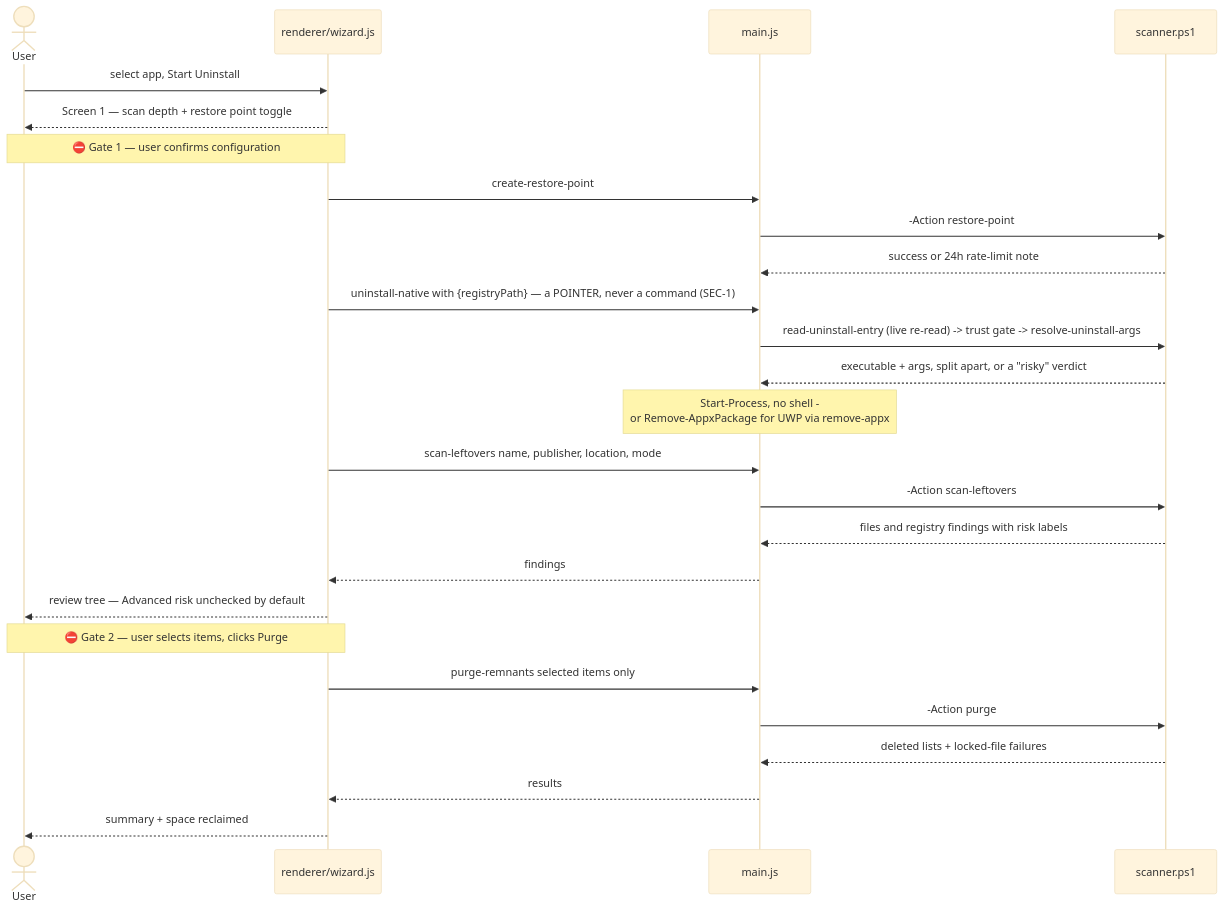
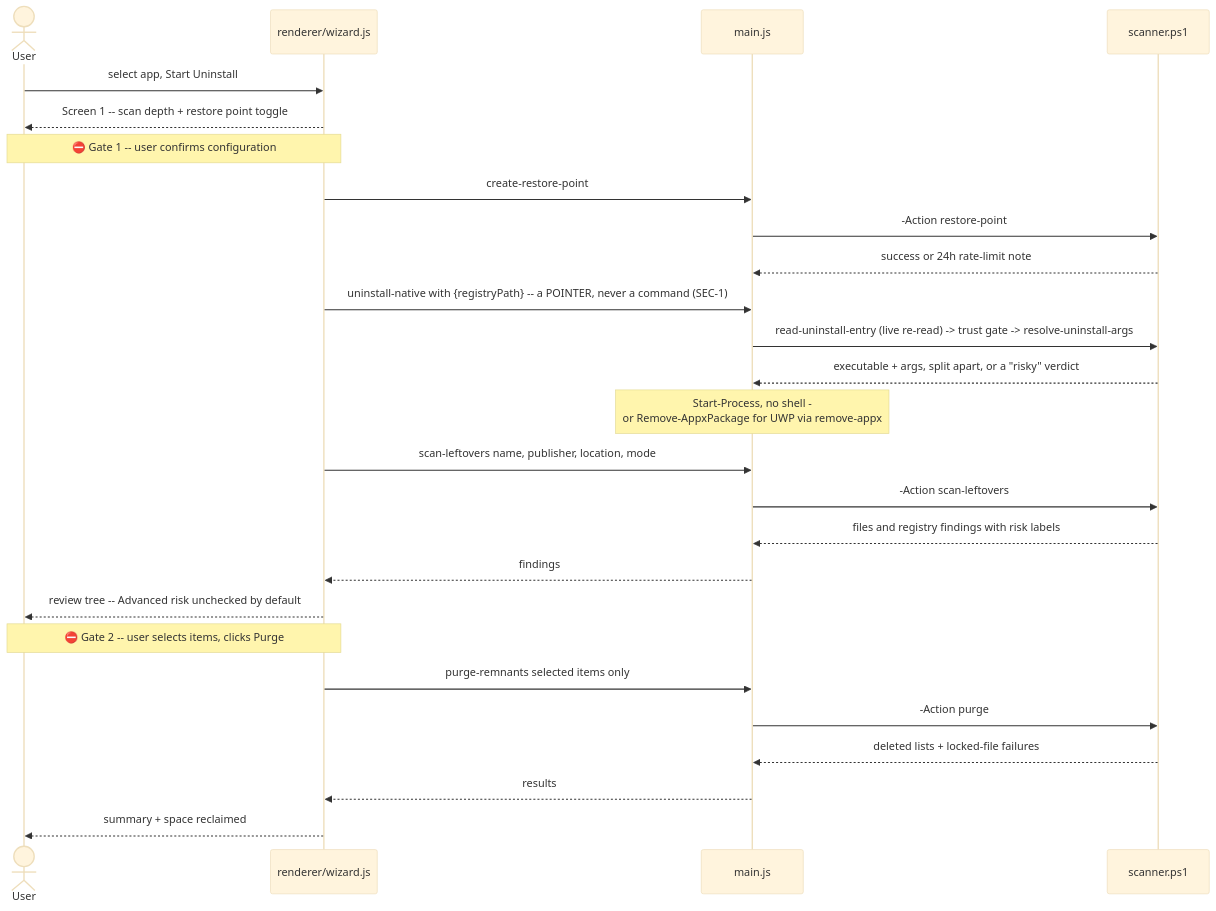
Before and after one commit to QuantumMonkey/Vanish: the second of 2 diagrams in ARCHITECTURE.md, drawn with Mermaid (base theme). The commit also changed other lines of this file and 16 other files, not shown here.

````diff
--- a/ARCHITECTURE.md
+++ b/ARCHITECTURE.md
@@ -141,29 +159,29 @@
 ```mermaid
 sequenceDiagram
     actor User
     participant R as renderer/wizard.js
     participant M as main.js
     participant P as scanner.ps1
 
     User->>R: select app, Start Uninstall
-    R-->>User: Screen 1 — scan depth + restore point toggle
-    Note over User,R: ⛔ Gate 1 — user confirms configuration
+    R-->>User: Screen 1 -- scan depth + restore point toggle
+    Note over User,R: ⛔ Gate 1 -- user confirms configuration
     R->>M: create-restore-point
     M->>P: -Action restore-point
     P-->>M: success or 24h rate-limit note
-    R->>M: uninstall-native with {registryPath} — a POINTER, never a command (SEC-1)
+    R->>M: uninstall-native with {registryPath} -- a POINTER, never a command (SEC-1)
     M->>P: read-uninstall-entry (live re-read) -> trust gate -> resolve-uninstall-args
     P-->>M: executable + args, split apart, or a "risky" verdict
     Note over M: Start-Process, no shell -<br/>or Remove-AppxPackage for UWP via remove-appx
     R->>M: scan-leftovers name, publisher, location, mode
     M->>P: -Action scan-leftovers
     P-->>M: files and registry findings with risk labels
     M-->>R: findings
-    R-->>User: review tree — Advanced risk unchecked by default
-    Note over User,R: ⛔ Gate 2 — user selects items, clicks Purge
+    R-->>User: review tree -- Advanced risk unchecked by default
+    Note over User,R: ⛔ Gate 2 -- user selects items, clicks Purge
     R->>M: purge-remnants selected items only
     M->>P: -Action purge
     P-->>M: deleted lists + locked-file failures
     M-->>R: results
     R-->>User: summary + space reclaimed
 ```
````
